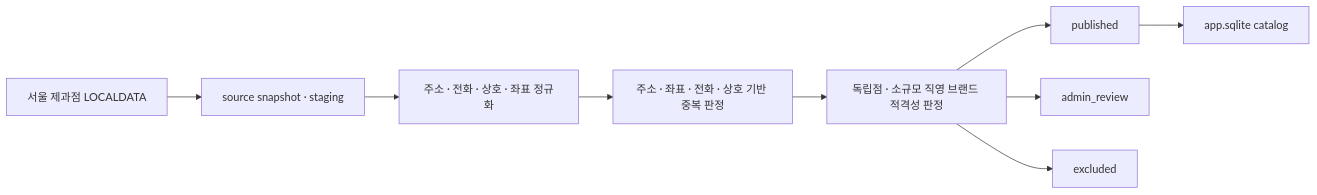
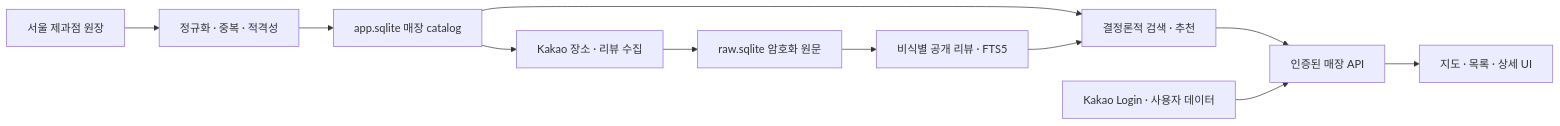
The diagram in README.md (minhyeok328/Bread_map), drawn with Mermaid before and after one commit. The commit also changed other lines of this file, not shown here.

````diff
--- a/README.md
+++ b/README.md
@@ -20,11 +38,13 @@
 ```mermaid
 flowchart LR
-    A["서울 제과점 LOCALDATA"] --> B["source snapshot · staging"]
-    B --> C["주소 · 전화 · 상호 · 좌표 정규화"]
-    C --> D["주소 · 좌표 · 전화 · 상호 기반 중복 판정"]
-    D --> E["독립점 · 소규모 직영 브랜드 적격성 판정"]
-    E --> F["published"]
-    E --> G["admin_review"]
-    E --> H["excluded"]
-    F --> I["app.sqlite catalog"]
+    A["서울 제과점 원장"] --> B["정규화 · 중복 · 적격성"]
+    B --> C["app.sqlite 매장 catalog"]
+    C --> D["Kakao 장소 · 리뷰 수집"]
+    D --> E["raw.sqlite 암호화 원문"]
+    E --> F["비식별 공개 리뷰 · FTS5"]
+    C --> G["결정론적 검색 · 추천"]
+    F --> G
+    G --> H["인증된 매장 API"]
+    H --> I["지도 · 목록 · 상세 UI"]
+    J["Kakao Login · 사용자 데이터"] --> H
 ```
````
